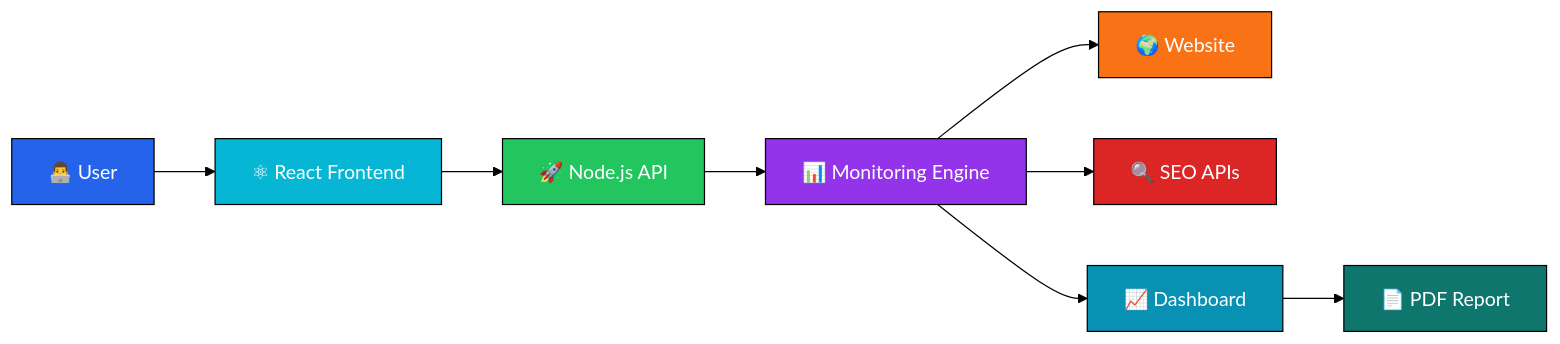
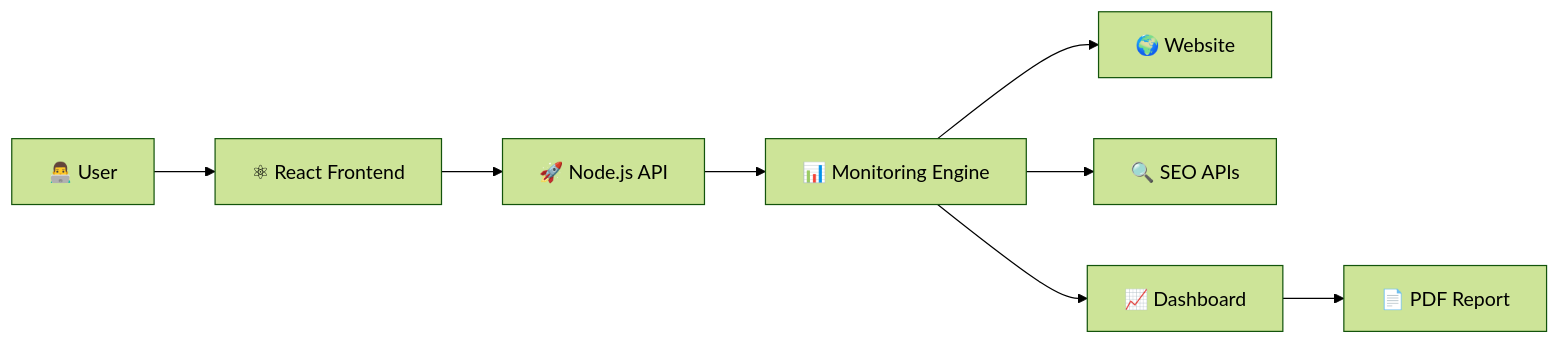
Before and after one commit to Saurav6200907210/WebMetricsX: the first of 12 diagrams in README.md, drawn with Mermaid (forest theme). The commit also changed other lines of this file, not shown here.

````diff
--- a/README.md
+++ b/README.md
@@ -120,42 +98,10 @@
 ```mermaid
 flowchart LR
-
-User["👨‍💻 User"]
-
-React["⚛ React Frontend"]
-
-Node["🚀 Node.js API"]
-
-Monitor["📊 Monitoring Engine"]
-
-API["🌍 Website"]
-
-SEO["🔍 SEO APIs"]
-
-Charts["📈 Dashboard"]
-
-PDF["📄 PDF Report"]
-
-User --> React
-
-React --> Node
-
-Node --> Monitor
-
-Monitor --> API
-
-Monitor --> SEO
-
-Monitor --> Charts
-
-Charts --> PDF
-
-style User fill:#2563eb,color:#fff,stroke:#000
-style React fill:#06b6d4,color:#fff,stroke:#000
-style Node fill:#22c55e,color:#fff,stroke:#000
-style Monitor fill:#9333ea,color:#fff,stroke:#000
-style API fill:#f97316,color:#fff,stroke:#000
-style SEO fill:#dc2626,color:#fff,stroke:#000
-style Charts fill:#0891b2,color:#fff,stroke:#000
-style PDF fill:#0f766e,color:#fff,stroke:#000
+User["👨‍💻 User"] --> React["⚛ React Frontend"]
+React --> Node["🚀 Node.js API"]
+Node --> Monitor["📊 Monitoring Engine"]
+Monitor --> API["🌍 Website"]
+Monitor --> SEO["🔍 SEO APIs"]
+Monitor --> Charts["📈 Dashboard"]
+Charts --> PDF["📄 PDF Report"]
 ```
````
